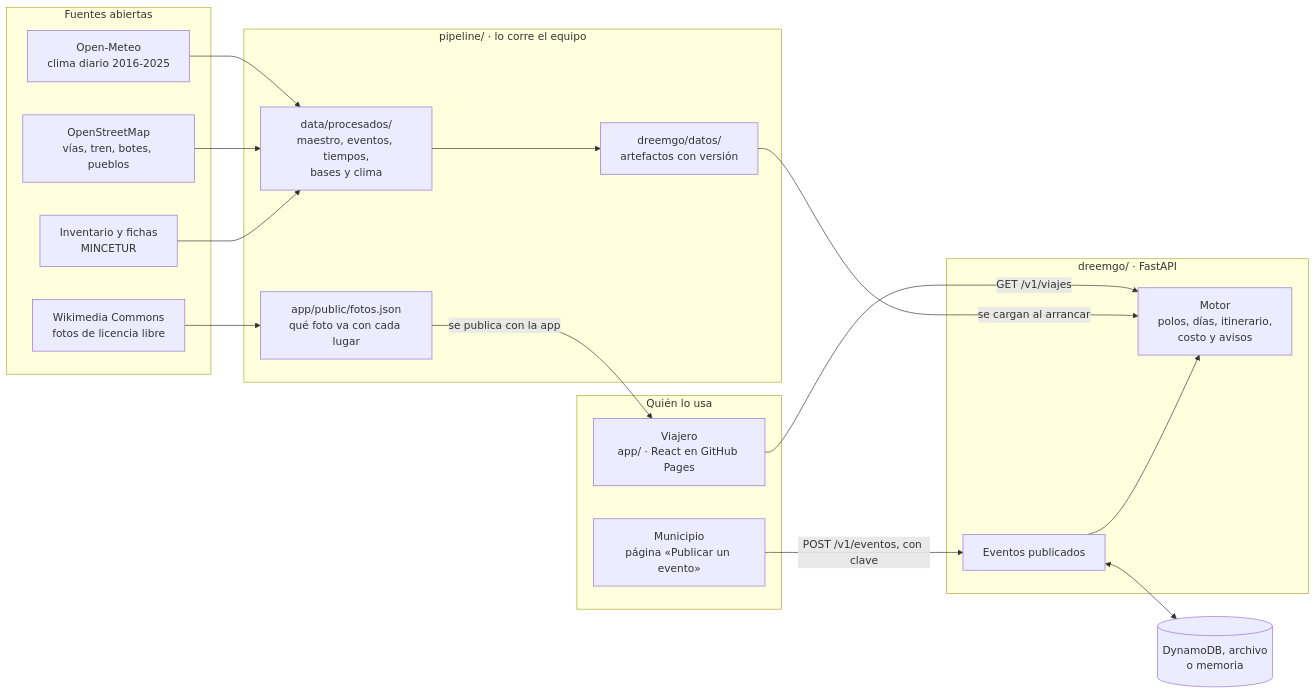
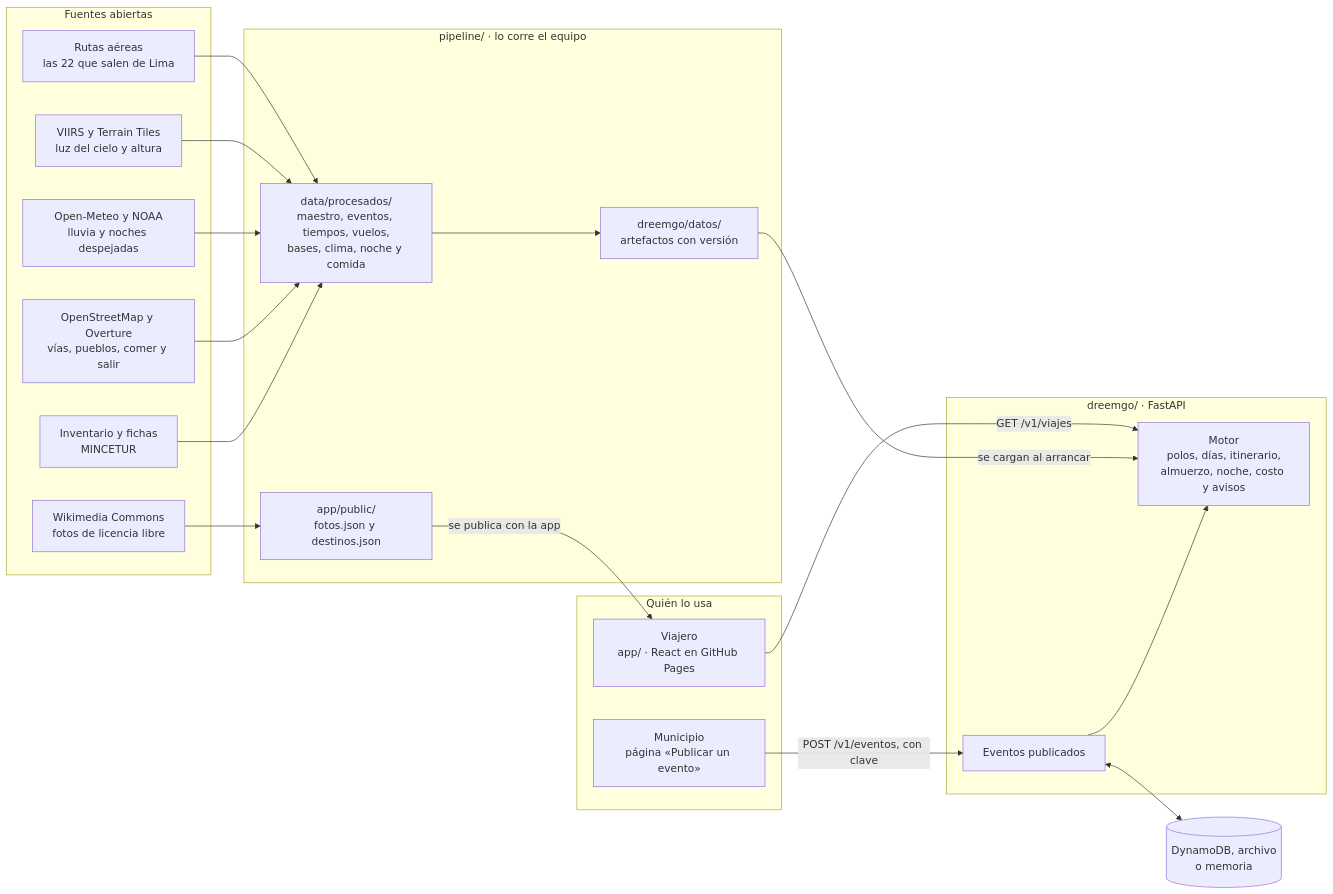
Before and after one commit to oswaldoaqm/Alejandros-Team: the diagram in deliveries/week10/PrototypeReport.md, drawn with Mermaid. The commit also changed other lines of this file, not shown here.

Commit message:
docs(week10): el informe del prototipo al 20 de octubre

````diff
--- a/deliveries/week10/PrototypeReport.md
+++ b/deliveries/week10/PrototypeReport.md
@@ -63,34 +71,38 @@
 ```mermaid
 flowchart LR
     subgraph fuentes["Fuentes abiertas"]
         mincetur["Inventario y fichas<br/>MINCETUR"]
-        osm["OpenStreetMap<br/>vías, tren, botes, pueblos"]
-        clima["Open-Meteo<br/>clima diario 2016-2025"]
+        osm["OpenStreetMap y Overture<br/>vías, pueblos, comer y salir"]
+        clima["Open-Meteo y NOAA<br/>lluvia y noches despejadas"]
+        cielo["VIIRS y Terrain Tiles<br/>luz del cielo y altura"]
+        vuelos["Rutas aéreas<br/>las 22 que salen de Lima"]
         commons["Wikimedia Commons<br/>fotos de licencia libre"]
     end
     subgraph pipeline["pipeline/ · lo corre el equipo"]
-        procesados["data/procesados/<br/>maestro, eventos, tiempos,<br/>bases y clima"]
+        procesados["data/procesados/<br/>maestro, eventos, tiempos, vuelos,<br/>bases, clima, noche y comida"]
         artefactos["dreemgo/datos/<br/>artefactos con versión"]
-        fotos["app/public/fotos.json<br/>qué foto va con cada lugar"]
+        publico["app/public/<br/>fotos.json y destinos.json"]
         procesados --> artefactos
     end
     mincetur --> procesados
     osm --> procesados
     clima --> procesados
-    commons --> fotos
+    cielo --> procesados
+    vuelos --> procesados
+    commons --> publico
     subgraph usuarios["Quién lo usa"]
         app["Viajero<br/>app/ · React en GitHub Pages"]
         municipio["Municipio<br/>página «Publicar un evento»"]
     end
     subgraph api["dreemgo/ · FastAPI"]
-        motor["Motor<br/>polos, días, itinerario,<br/>costo y avisos"]
+        motor["Motor<br/>polos, días, itinerario,<br/>almuerzo, noche, costo y avisos"]
         publicados["Eventos publicados"]
         publicados --> motor
     end
     artefactos -->|"se cargan al arrancar"| motor
-    fotos -->|"se publica con la app"| app
+    publico -->|"se publica con la app"| app
     app -->|"GET /v1/viajes"| motor
     municipio -->|"POST /v1/eventos, con clave"| publicados
     almacen[("DynamoDB, archivo<br/>o memoria")]
     publicados <--> almacen
 ```
````
